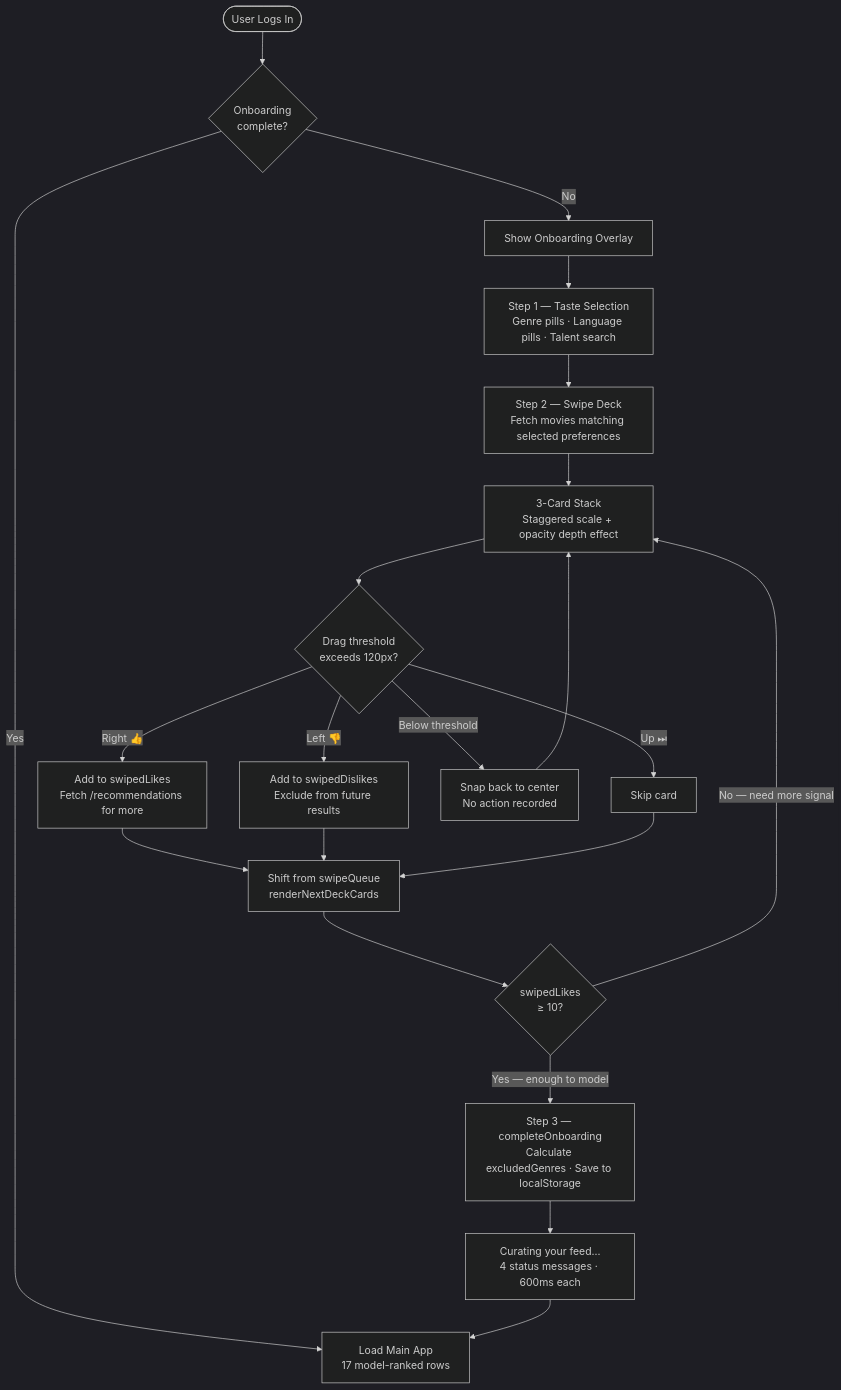
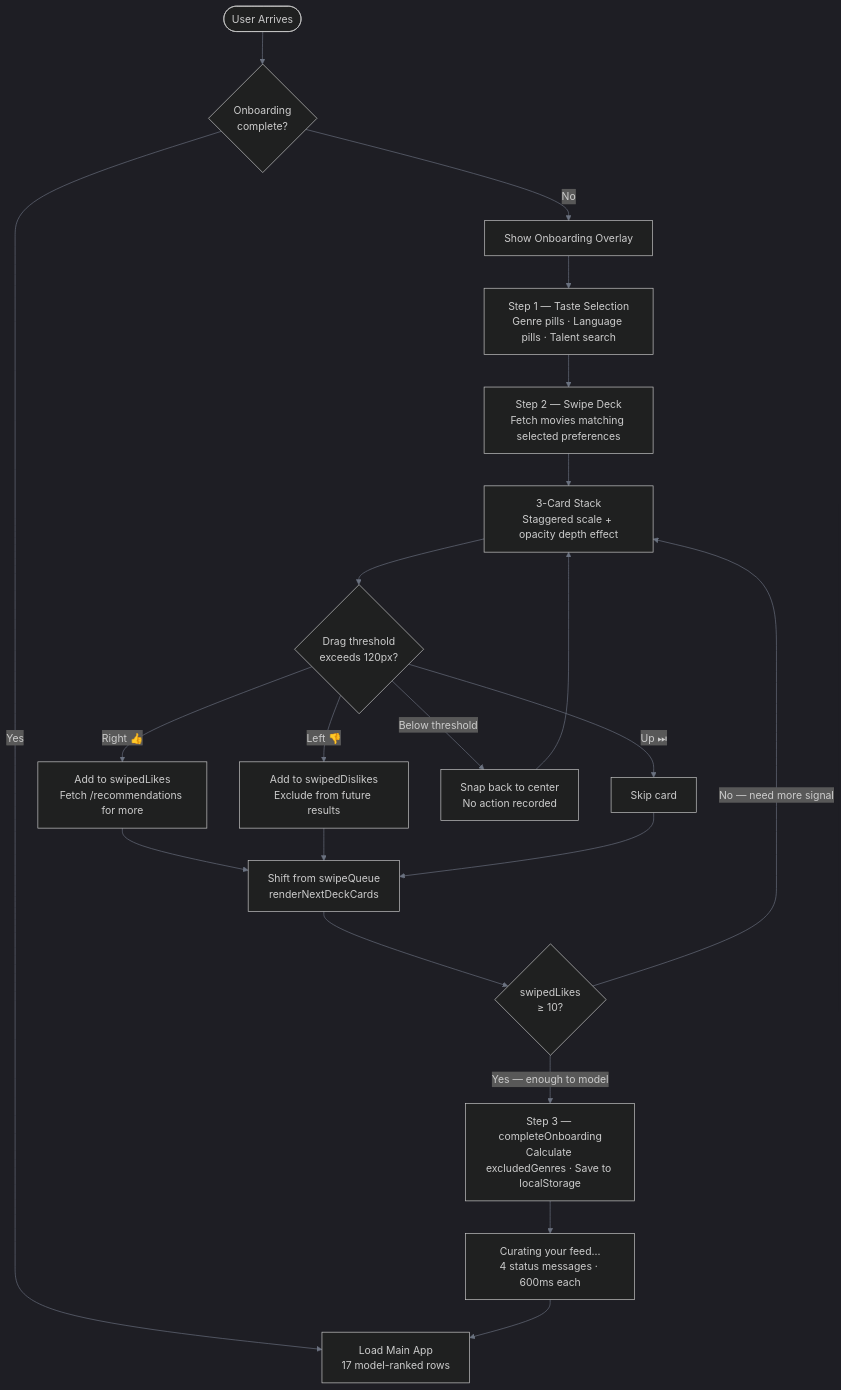
One commit to 4-thkind/Movie-Recommendation-Model changed the third of 4 diagrams in README.md. Above: the diagram before and after it, drawn with Mermaid. The commit also changed other lines of this file, not shown here.

Commit message:
ewrite README to emphasize ML pipeline and optimize flowchart visuals

````diff
--- a/README.md
+++ b/README.md
@@ -298,31 +291,36 @@
 ```mermaid
-%%{init: {'theme': 'dark'}}%%
+%%{init: {'theme': 'dark', 'themeVariables': {'primaryColor': '#1f2937', 'primaryTextColor': '#e5e7eb', 'lineColor': '#6b7280', 'background': '#0d1117'}}}%%
 flowchart TD
-    A([User Logs In]) --> B{Onboarding\ncomplete?}
+    A(["User Arrives"])
+    B{"Onboarding\ncomplete?"}
+    C["Load Main App\n17 model-ranked rows"]
+    D["Show Onboarding Overlay"]
 
-    B -->|Yes| C[Load Main App\n17 model-ranked rows]
-    B -->|No| D[Show Onboarding Overlay]
+    A --> B
 
-    D --> E[Step 1 — Taste Selection\nGenre pills · Language pills · Talent search]
-    E --> F[Step 2 — Swipe Deck\nFetch movies matching selected preferences]
+    B -->|"Yes"| C
+    B -->|"No"| D
 
-    F --> G[3-Card Stack\nStaggered scale + opacity depth effect]
-    G --> H{Drag threshold\nexceeds 120px?}
+    D --> E["Step 1 — Taste Selection\nGenre pills · Language pills · Talent search"]
+    E --> F["Step 2 — Swipe Deck\nFetch movies matching selected preferences"]
 
-    H -->|Right 👍| I[Add to swipedLikes\nFetch /recommendations for more]
-    H -->|Left 👎| J[Add to swipedDislikes\nExclude from future results]
-    H -->|Up ⏭| K[Skip card]
-    H -->|Below threshold| L[Snap back to center\nNo action recorded]
+    F --> G["3-Card Stack\nStaggered scale + opacity depth effect"]
+    G --> H{"Drag threshold\nexceeds 120px?"}
 
-    I --> M[Shift from swipeQueue\nrenderNextDeckCards]
+    H -->|"Right 👍"| I["Add to swipedLikes\nFetch /recommendations for more"]
+    H -->|"Left 👎"| J["Add to swipedDislikes\nExclude from future results"]
+    H -->|"Up ⏭"| K["Skip card"]
+    H -->|"Below threshold"| L["Snap back to center\nNo action recorded"]
+
+    I --> M["Shift from swipeQueue\nrenderNextDeckCards"]
     J --> M
     K --> M
     L --> G
 
-    M --> N{swipedLikes\n≥ 10?}
-    N -->|No — need more signal| G
-    N -->|Yes — enough to model| O[Step 3 — completeOnboarding\nCalculate excludedGenres · Save to localStorage]
+    M --> N{"swipedLikes\n≥ 10?"}
+    N -->|"No — need more signal"| G
+    N -->|"Yes — enough to model"| O["Step 3 — completeOnboarding\nCalculate excludedGenres · Save to localStorage"]
 
-    O --> P[Curating your feed...\n4 status messages · 600ms each]
+    O --> P["Curating your feed...\n4 status messages · 600ms each"]
     P --> C
 ```
````
